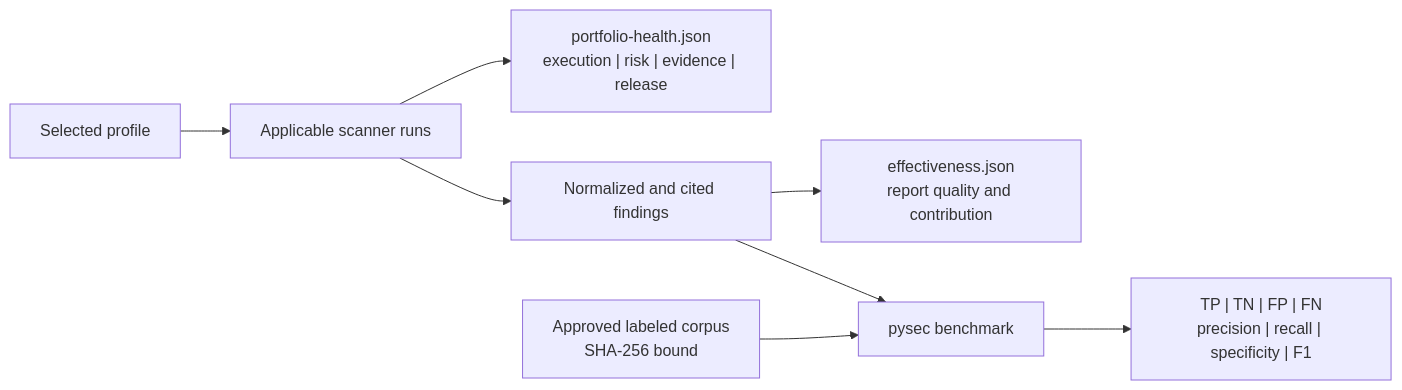
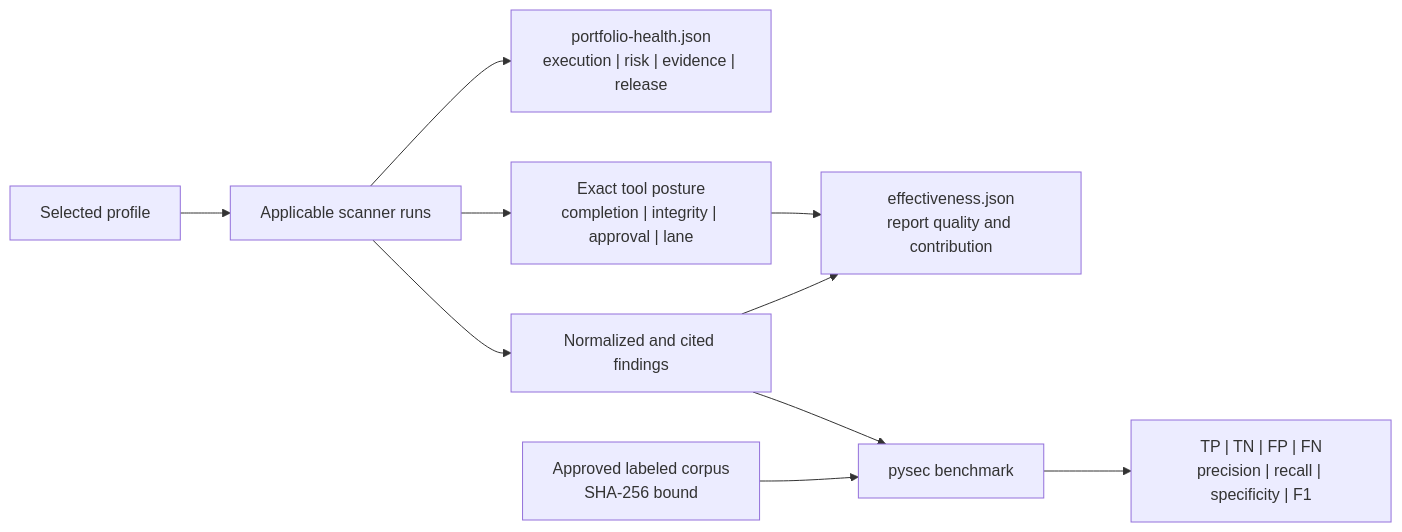
The diagram in docs/effectiveness.md (willtran87/project-py-security-suite), drawn with Mermaid before and after one commit. The commit also changed other lines of this file and 17 other files, not shown here.

````diff
--- a/docs/effectiveness.md
+++ b/docs/effectiveness.md
@@ -21,10 +22,12 @@
 ```mermaid
 flowchart LR
     Profile["Selected profile"] --> Run["Applicable scanner runs"]
     Run --> Health["portfolio-health.json<br/>execution | risk | evidence | release"]
     Run --> Normalize["Normalized and cited findings"]
     Normalize --> Quality["effectiveness.json<br/>report quality and contribution"]
+    Run --> Posture["Exact tool posture<br/>completion | integrity | approval | lane"]
+    Posture --> Quality
     Corpus["Approved labeled corpus<br/>SHA-256 bound"] --> Benchmark["pysec benchmark"]
     Normalize --> Benchmark
     Benchmark --> Metrics["TP | TN | FP | FN<br/>precision | recall | specificity | F1"]
 ```
````
